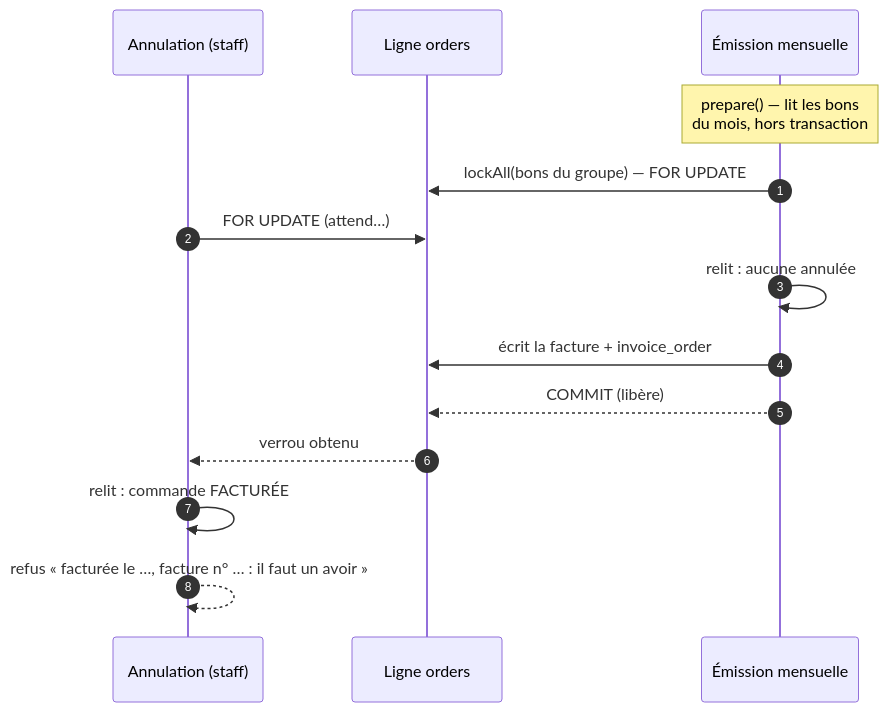
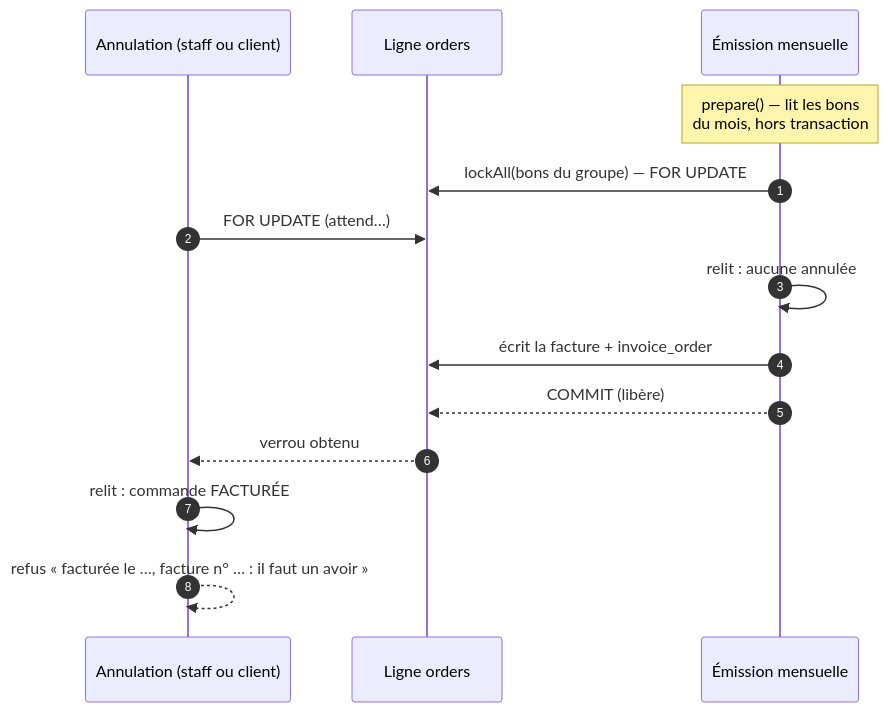
One commit to hugoheynard/lfd changed the second of 3 diagrams in documentation/commandes/annulation/verrous-de-l-annulation.md. Above: the diagram before and after it, drawn with Mermaid. The commit also changed other lines of this file and 186 other files, not shown here.

First line of the commit message:
docs(commande): l'annulation par le staff et par le client, deux docs d'état

````diff
--- a/documentation/commandes/annulation/verrous-de-l-annulation.md
+++ b/documentation/commandes/annulation/verrous-de-l-annulation.md
@@ -78,17 +79,17 @@
 ```mermaid
 sequenceDiagram
     autonumber
-    participant A as Annulation (staff)
+    participant A as Annulation (staff ou client)
     participant DB as Ligne orders
     participant F as Émission mensuelle
 
     Note over F: prepare() — lit les bons<br/>du mois, hors transaction
     F->>DB: lockAll(bons du groupe) — FOR UPDATE
     A->>DB: FOR UPDATE (attend…)
     F->>F: relit : aucune annulée
     F->>DB: écrit la facture + invoice_order
     F-->>DB: COMMIT (libère)
     DB-->>A: verrou obtenu
     A->>A: relit : commande FACTURÉE
     A-->>A: refus « facturée le …, facture n° … : il faut un avoir »
 ```
````
